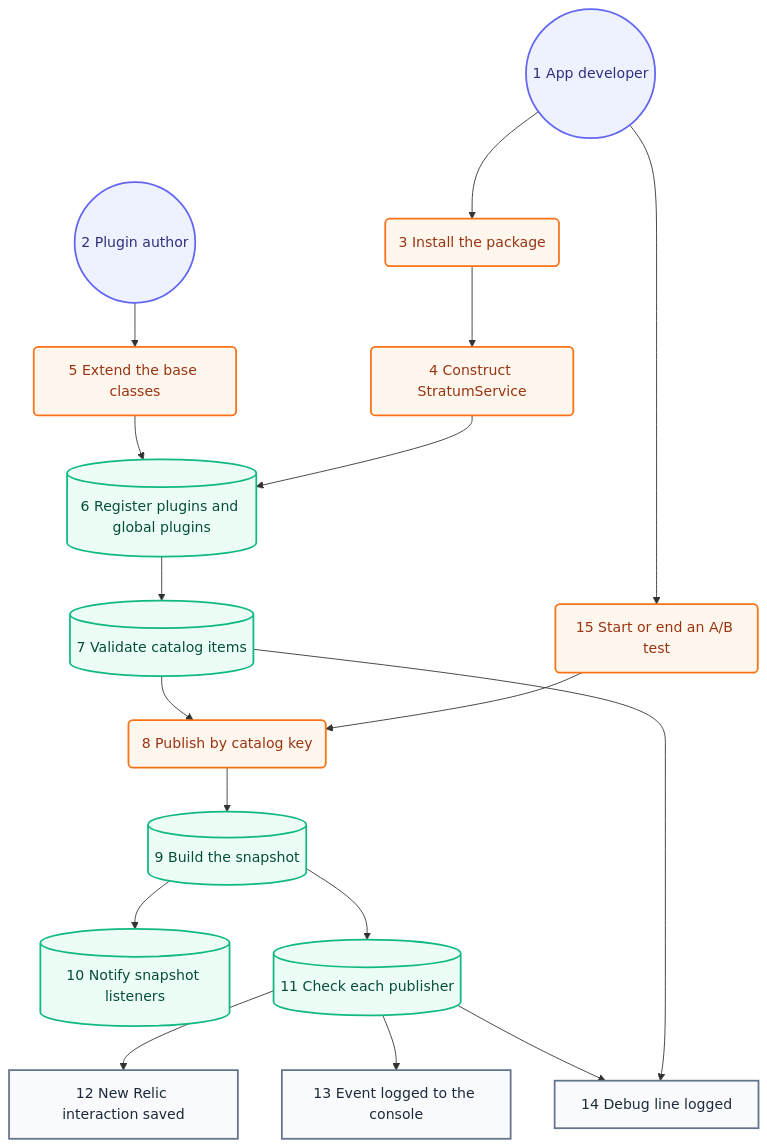
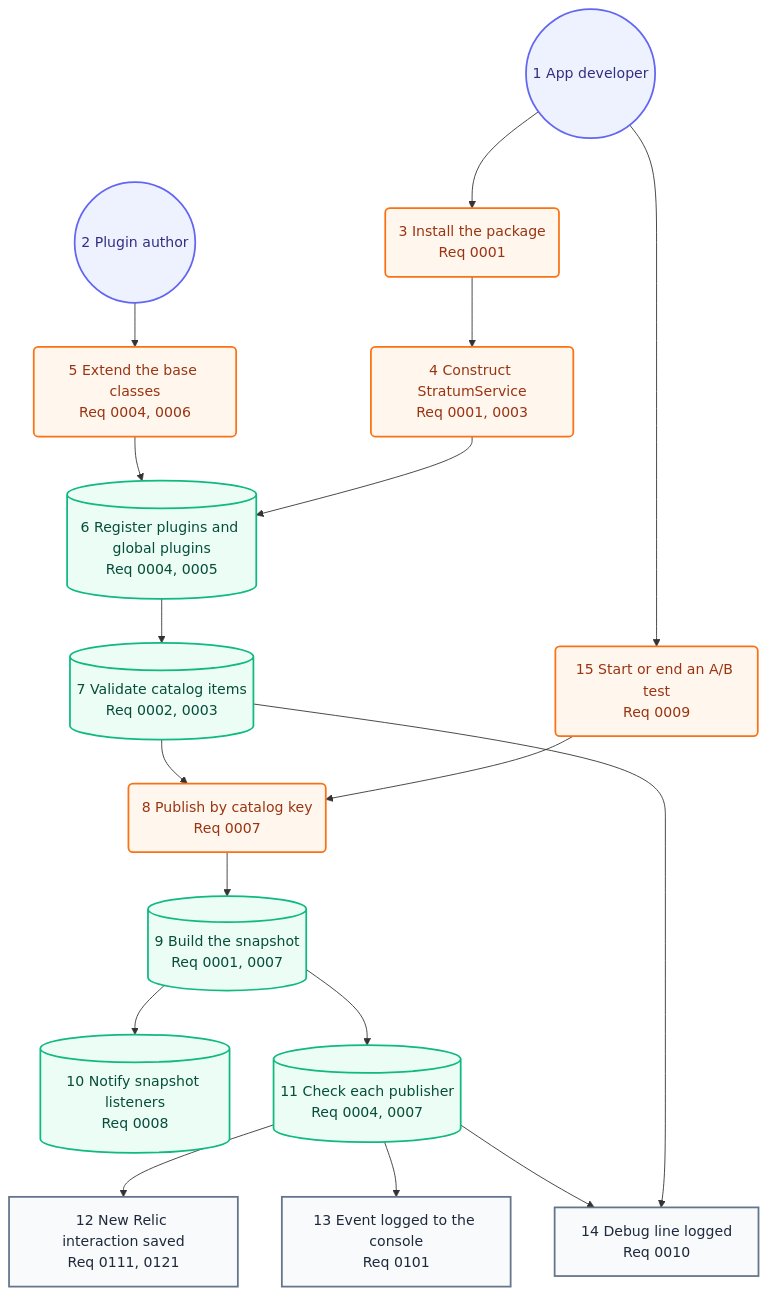
The second of 2 diagrams in docs/architecture/05-user-journey.md (may-journal/Stratum-Observability), drawn with Mermaid before and after one commit. The commit also changed other lines of this file, not shown here.

Commit message:
docs(architecture): name requirement docs on each journey step

````diff
--- a/docs/architecture/05-user-journey.md
+++ b/docs/architecture/05-user-journey.md
@@ -39,40 +39,40 @@
 ```mermaid
 flowchart TB
     developer((1 App developer)):::persona
     pluginAuthor((2 Plugin author)):::persona
-    install(3 Install the package):::action
-    construct(4 Construct StratumService):::action
-    writePlugin(5 Extend the base classes):::action
-    registerPlugins[(6 Register plugins and global plugins)]:::system
-    validate[(7 Validate catalog items)]:::system
-    publish(8 Publish by catalog key):::action
-    snapshot[(9 Build the snapshot)]:::system
-    listeners[(10 Notify snapshot listeners)]:::system
-    dispatch[(11 Check each publisher)]:::system
-    newRelicOut[12 New Relic interaction saved]:::screen
-    consoleOut[13 Event logged to the console]:::screen
-    debugOut[14 Debug line logged]:::screen
-    abTest(15 Start or end an A/B test):::action
+    install(3 Install the package<br/>Req 0001):::action
+    construct(4 Construct StratumService<br/>Req 0001, 0003):::action
+    writePlugin(5 Extend the base classes<br/>Req 0004, 0006):::action
+    registerPlugins[(6 Register plugins and global plugins<br/>Req 0004, 0005)]:::system
+    validate[(7 Validate catalog items<br/>Req 0002, 0003)]:::system
+    publish(8 Publish by catalog key<br/>Req 0007):::action
+    snapshot[(9 Build the snapshot<br/>Req 0001, 0007)]:::system
+    listeners[(10 Notify snapshot listeners<br/>Req 0008)]:::system
+    dispatch[(11 Check each publisher<br/>Req 0004, 0007)]:::system
+    newRelicOut[12 New Relic interaction saved<br/>Req 0111, 0121]:::screen
+    consoleOut[13 Event logged to the console<br/>Req 0101]:::screen
+    debugOut[14 Debug line logged<br/>Req 0010]:::screen
+    abTest(15 Start or end an A/B test<br/>Req 0009):::action
 
     developer --> install
     install --> construct
     pluginAuthor --> writePlugin
     writePlugin --> registerPlugins
     construct --> registerPlugins
     registerPlugins --> validate
     validate --> publish
     abTest --> publish
     developer --> abTest
     publish --> snapshot
     snapshot --> listeners
     snapshot --> dispatch
     dispatch --> newRelicOut
     dispatch --> consoleOut
     dispatch --> debugOut
     validate --> debugOut
 
     classDef persona fill:#eef2ff,stroke:#6366f1,color:#312e81,stroke-width:2px
     classDef screen fill:#f8fafc,stroke:#64748b,color:#1e293b,stroke-width:2px
     classDef action fill:#fff7ed,stroke:#f97316,color:#9a3412,stroke-width:2px
     classDef system fill:#ecfdf5,stroke:#10b981,color:#064e3b,stroke-width:2px
 ```
````
